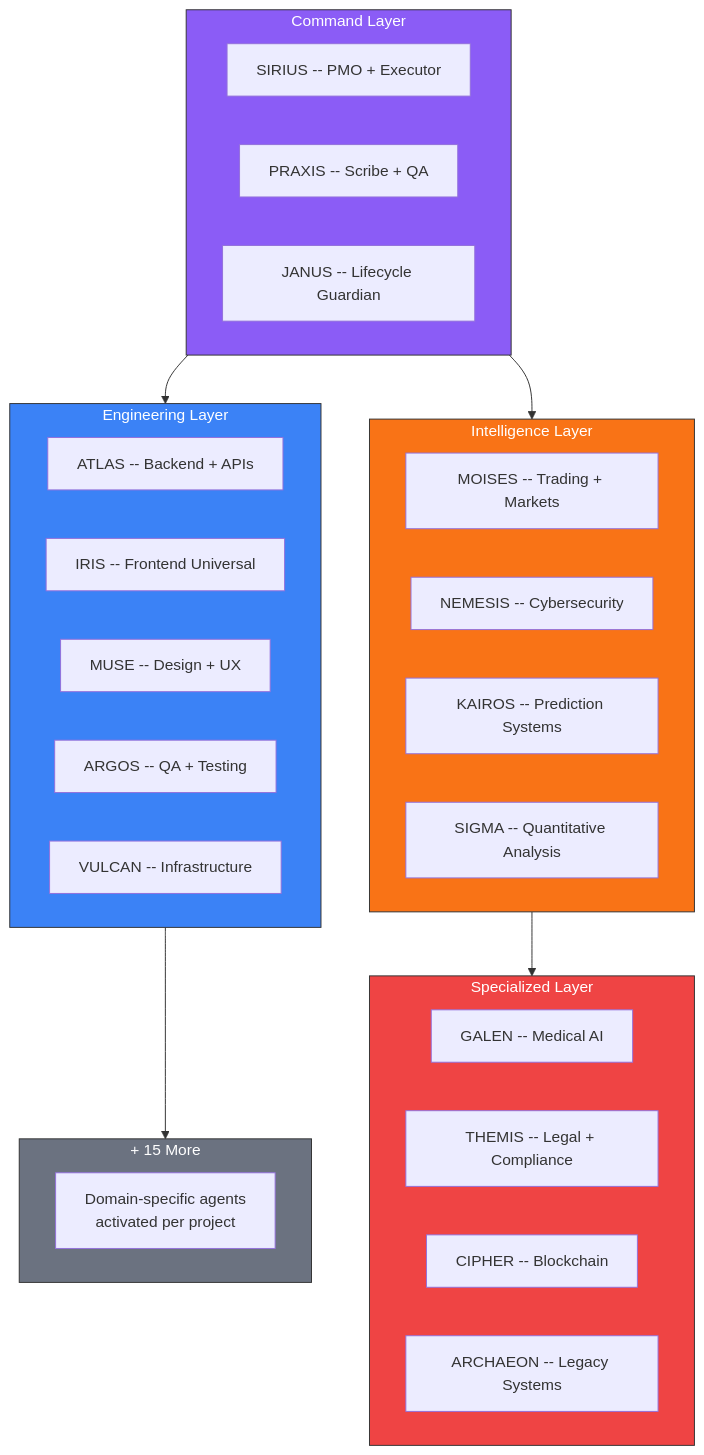
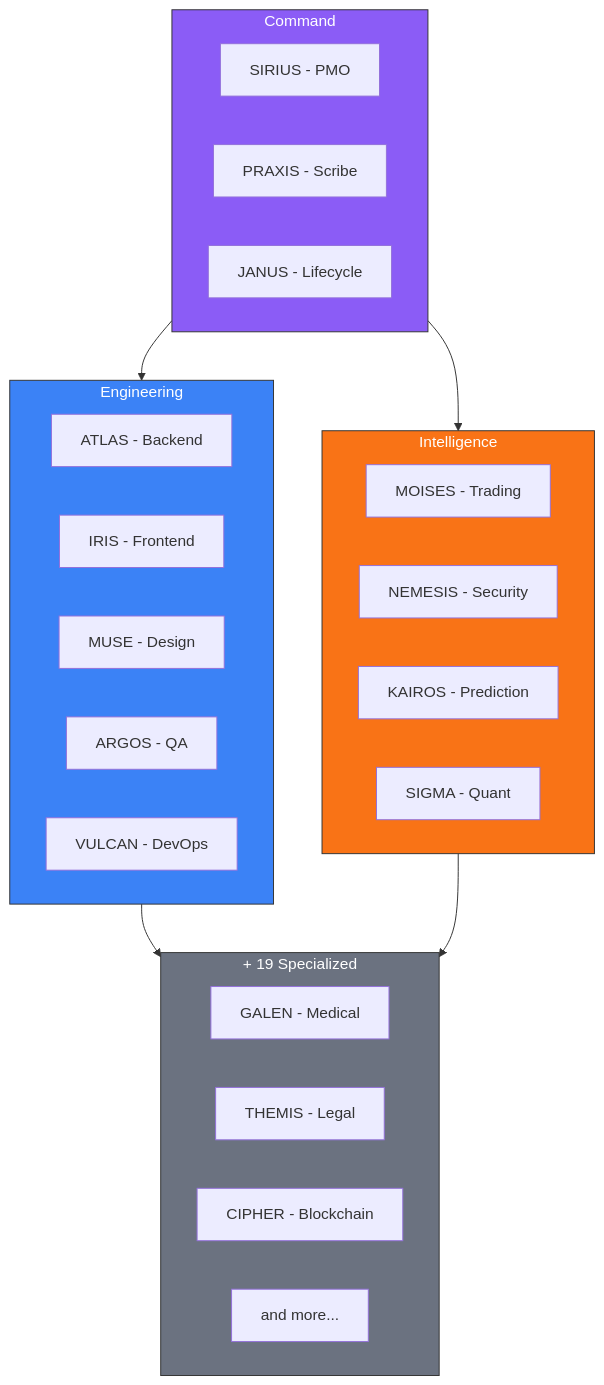
One commit to soulcore-dev/soulcore-dev changed the second of 3 diagrams in README.md. Above: the diagram before and after it, drawn with Mermaid. The commit also changed other lines of this file, not shown here.

Commit message:
v4 - compact, vertical Mermaid, clean

````diff
--- a/README.md
+++ b/README.md
@@ -96,45 +59,40 @@
 ```mermaid
 graph TB
-    subgraph CMD["Command Layer"]
-        SIRIUS["SIRIUS -- PMO + Executor"]
-        PRAXIS["PRAXIS -- Scribe + QA"]
-        JANUS["JANUS -- Lifecycle Guardian"]
+    subgraph CMD["Command"]
+        SIRIUS["SIRIUS - PMO"]
+        PRAXIS["PRAXIS - Scribe"]
+        JANUS["JANUS - Lifecycle"]
     end
 
-    subgraph ENG["Engineering Layer"]
-        ATLAS["ATLAS -- Backend + APIs"]
-        IRIS["IRIS -- Frontend Universal"]
-        MUSE["MUSE -- Design + UX"]
-        ARGOS["ARGOS -- QA + Testing"]
-        VULCAN["VULCAN -- Infrastructure"]
+    subgraph ENG["Engineering"]
+        ATLAS["ATLAS - Backend"]
+        IRIS["IRIS - Frontend"]
+        MUSE["MUSE - Design"]
+        ARGOS["ARGOS - QA"]
+        VULCAN["VULCAN - DevOps"]
     end
 
-    subgraph INT["Intelligence Layer"]
-        MOISES["MOISES -- Trading + Markets"]
-        NEMESIS["NEMESIS -- Cybersecurity"]
-        KAIROS["KAIROS -- Prediction Systems"]
-        SIGMA["SIGMA -- Quantitative Analysis"]
+    subgraph INT["Intelligence"]
+        MOISES["MOISES - Trading"]
+        NEMESIS["NEMESIS - Security"]
+        KAIROS["KAIROS - Prediction"]
+        SIGMA["SIGMA - Quant"]
     end
 
-    subgraph SPE["Specialized Layer"]
-        GALEN["GALEN -- Medical AI"]
-        THEMIS["THEMIS -- Legal + Compliance"]
-        CIPHER["CIPHER -- Blockchain"]
-        ARCHAEON["ARCHAEON -- Legacy Systems"]
-    end
-
-    subgraph MORE["+ 15 More"]
-        D1["Domain-specific agents\nactivated per project"]
+    subgraph SPE["+ 19 Specialized"]
+        D1["GALEN - Medical"]
+        D2["THEMIS - Legal"]
+        D3["CIPHER - Blockchain"]
+        D4["and more..."]
     end
 
     CMD --> ENG
     CMD --> INT
+    ENG --> SPE
     INT --> SPE
-    ENG --> MORE
 
     style CMD fill:#8b5cf6,stroke:#333,color:#fff
     style ENG fill:#3b82f6,stroke:#333,color:#fff
     style INT fill:#f97316,stroke:#333,color:#fff
-    style SPE fill:#ef4444,stroke:#333,color:#fff
-    style MORE fill:#6b7280,stroke:#333,color:#fff
+    style SPE fill:#6b7280,stroke:#333,color:#fff
 ```
````
